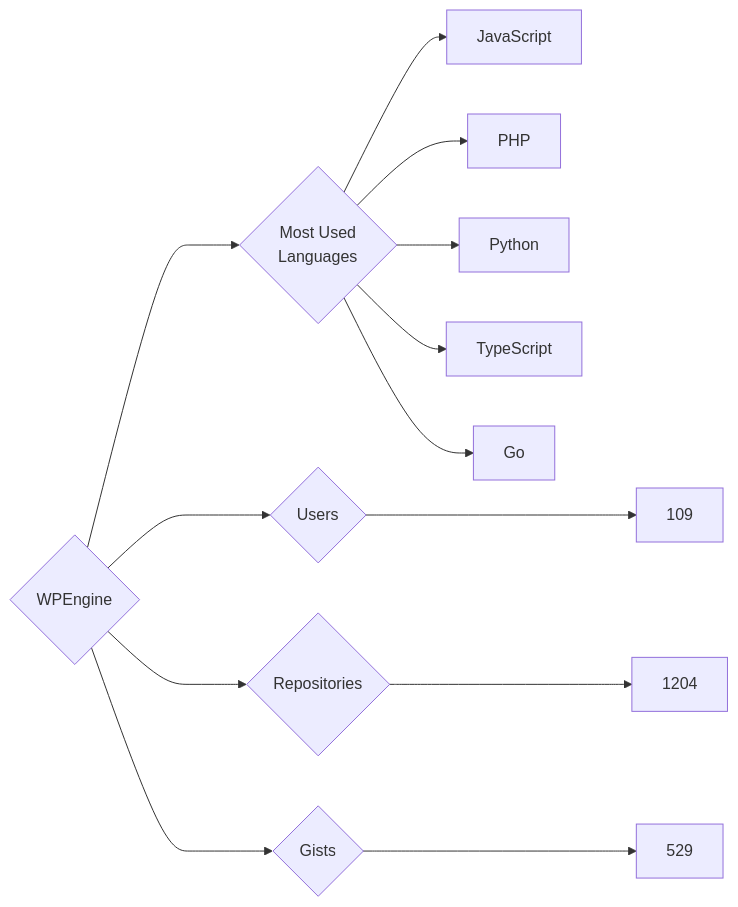
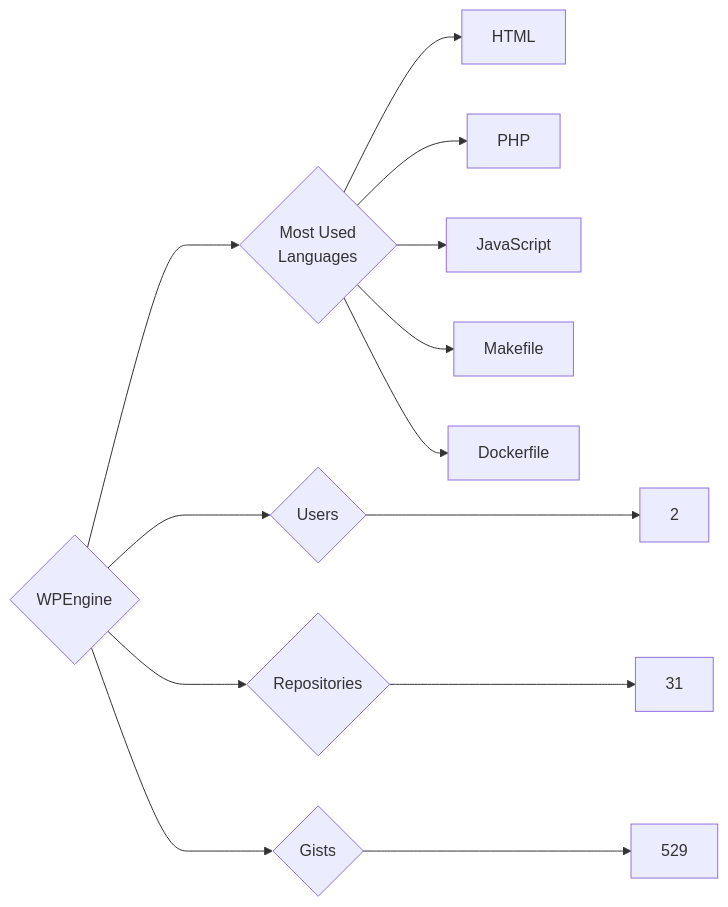
One commit to trickest/insiders changed the diagram in targets/WPEngine/README.md. Above: the diagram before and after it, drawn with Mermaid. The commit also changed 725 other files, not shown here.

````diff
--- a/targets/WPEngine/README.md
+++ b/targets/WPEngine/README.md
@@ -3,13 +3,13 @@
 ```mermaid
 graph LR
 COMPANY_NAME{WPEngine}
-COMPANY_NAME ---> U{Users} ---> UN[109]
-COMPANY_NAME ---> R{Repositories} ---> RN[1204]
+COMPANY_NAME ---> U{Users} ---> UN[2]
+COMPANY_NAME ---> R{Repositories} ---> RN[31]
 COMPANY_NAME ---> G{Gists} ---> GN[529]
 COMPANY_NAME ---> ML{Most Used<br>Languages}
+ML --> HTML[HTML]
+ML --> PHP[PHP]
 ML --> JavaScript[JavaScript]
-ML --> PHP[PHP]
-ML --> Python[Python]
-ML --> TypeScript[TypeScript]
-ML --> Go[Go]
+ML --> Makefile[Makefile]
+ML --> Dockerfile[Dockerfile]
 ```
````
